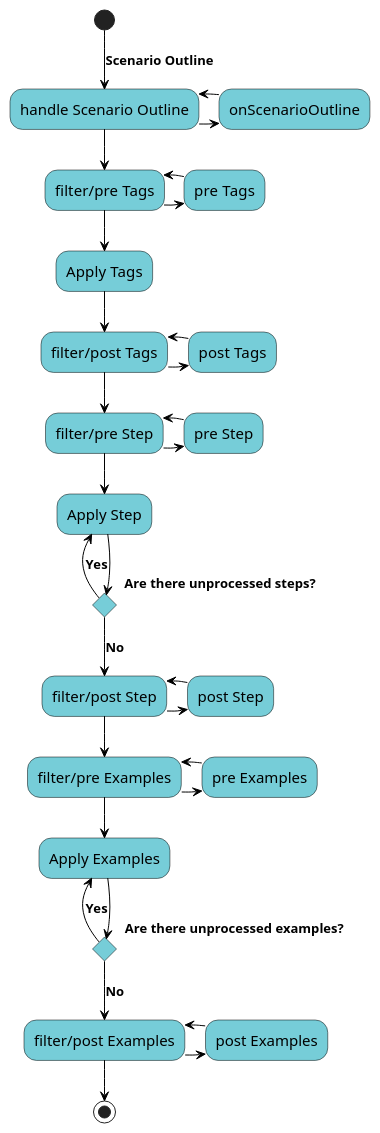
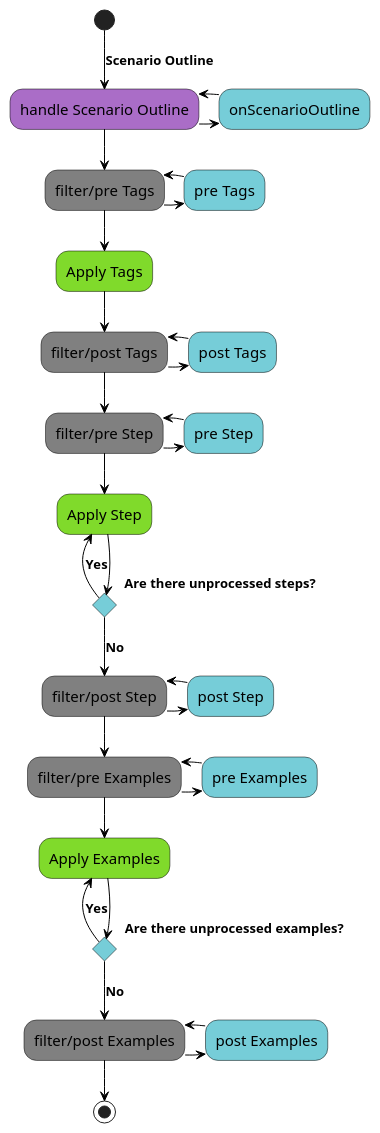
Before and after one commit to gherking/gherking-docs: the diagram in src/data/scenarioOutline.puml, drawn with PlantUML. The commit also changed 10 other files, not shown here.

Commit message:
plantuml visualization of the precompiler

```diff
--- a/src/data/scenarioOutline.puml
+++ b/src/data/scenarioOutline.puml
@@ -1,43 +1,46 @@
 @startuml
 skinparam activity {
 BackgroundColor #76CDD8
+BackgroundColor<<apply>> #80DA2B
+BackgroundColor<<filter>> #808080
+BackgroundColor<<handle>> #AA6DC7
 ArrowColor black
 ArrowFontSize 13
 ArrowFontStyle bold
 ArrowFontName Segoe UI
 BorderColor black
 FontName Segoe UI
 FontSize 15
 }
 (*) -->[Scenario Outline] "handle Scenario Outline"
 -right-> "onScenarioOutline"
--left-> "handle Scenario Outline"
---> "filter/pre Tags"
+-left-> "handle Scenario Outline"<<handle>>
+--> "filter/pre Tags"<<filter>>
 -right-> "pre Tags"
 -left-> "filter/pre Tags"
---> "Apply Tags"
---> "filter/post Tags"
+--> "Apply Tags"<<apply>>
+--> "filter/post Tags"<<filter>>
 -right-> "post Tags"
 -left-> "filter/post Tags"
 --> "filter/pre Step"
 -right-> "pre Step"
--left-> "filter/pre Step"
---> "Apply Step"
+-left-> "filter/pre Step"<<filter>>
+--> "Apply Step"<<apply>>
 If "Are there unprocessed steps?"
 -left-> [Yes] "Apply Step"
 else
---> [No] "filter/post Step"
+--> [No] "filter/post Step"<<filter>>
 -right-> "post Step"
 -left-> "filter/post Step"
---> "filter/pre Examples"
+--> "filter/pre Examples"<<filter>>
 -right-> "pre Examples"
 -left-> "filter/pre Examples"
---> "Apply Examples"
+--> "Apply Examples"<<apply>>
 If "Are there unprocessed examples?"
 -left-> [Yes] "Apply Examples"
 else
---> [No] "filter/post Examples"
+--> [No] "filter/post Examples"<<filter>>
 -right-> "post Examples"
 -left-> "filter/post Examples"
 --> (*)
 @enduml
```
